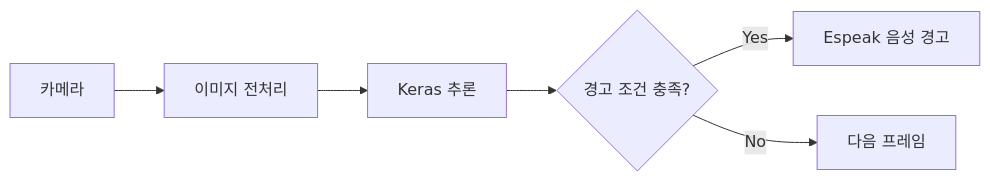
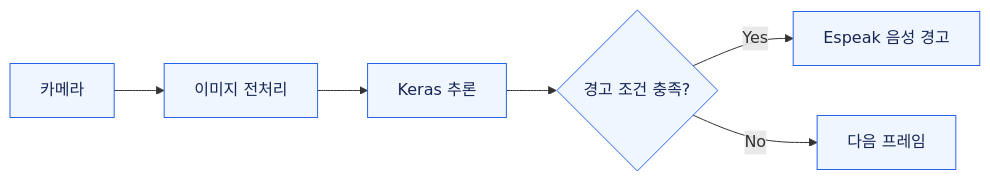
Before and after one commit to ZANDHIFORCE/UrinationDetector: the second of 2 diagrams in README.md, drawn with Mermaid. The commit also changed other lines of this file, not shown here.

Commit message:
docs: improve diagram readability and responsive GitHub layout

````diff
--- a/README.md
+++ b/README.md
@@ -46,8 +47,9 @@
 ```mermaid
 flowchart LR
     C[카메라] --> P[이미지 전처리]
     P --> K[Keras 추론]
     K --> D{경고 조건 충족?}
     D -->|Yes| E[Espeak 음성 경고]
     D -->|No| N[다음 프레임]
+    classDef default fill:#eff6ff,stroke:#2563eb,color:#172554
 ```
````
